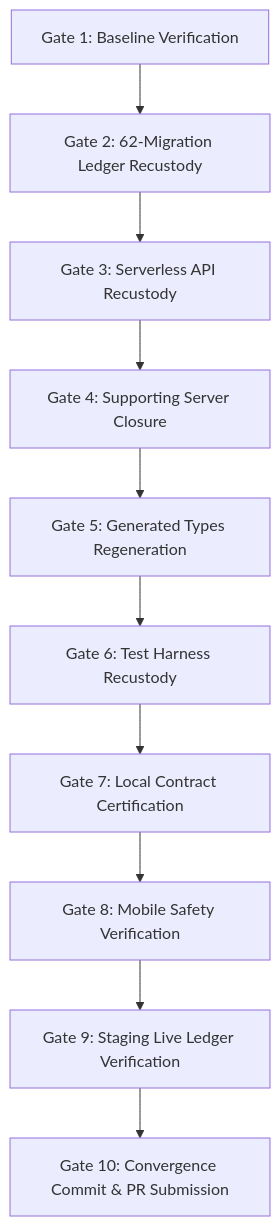
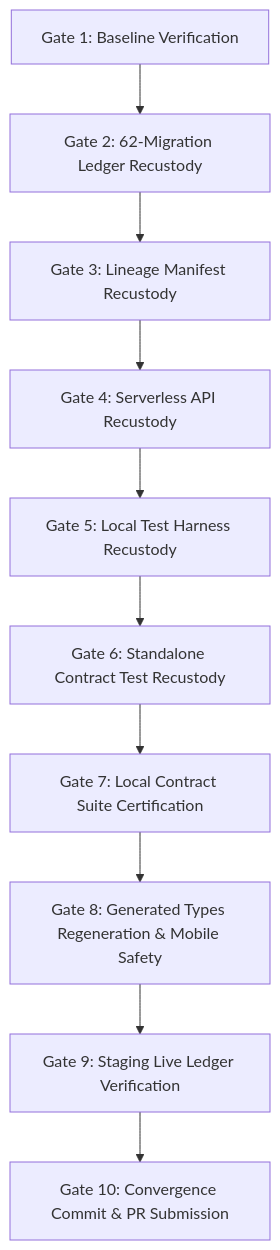
The diagram in docs/newsroom/HT-NR-01_KERNEL_CONVERGENCE_EXECUTION_PLAN.md (kudzimusar/htp-zw), drawn with Mermaid before and after one commit. The commit also changed other lines of this file and 1 other file, not shown here.

Commit message:
docs(ht-nr-00c-r1): correct kernel recustody authority and restore custody

````diff
--- a/docs/newsroom/HT-NR-01_KERNEL_CONVERGENCE_EXECUTION_PLAN.md
+++ b/docs/newsroom/HT-NR-01_KERNEL_CONVERGENCE_EXECUTION_PLAN.md
@@ -28,12 +32,12 @@
 ```mermaid
 flowchart TD
     G1[Gate 1: Baseline Verification] --> G2[Gate 2: 62-Migration Ledger Recustody]
-    G2 --> G3[Gate 3: Serverless API Recustody]
-    G3 --> G4[Gate 4: Supporting Server Closure]
-    G4 --> G5[Gate 5: Generated Types Regeneration]
-    G5 --> G6[Gate 6: Test Harness Recustody]
-    G6 --> G7[Gate 7: Local Contract Certification]
-    G7 --> G8[Gate 8: Mobile Safety Verification]
+    G2 --> G3[Gate 3: Lineage Manifest Recustody]
+    G3 --> G4[Gate 4: Serverless API Recustody]
+    G4 --> G5[Gate 5: Local Test Harness Recustody]
+    G5 --> G6[Gate 6: Standalone Contract Test Recustody]
+    G6 --> G7[Gate 7: Local Contract Suite Certification]
+    G7 --> G8[Gate 8: Generated Types Regeneration & Mobile Safety]
     G8 --> G9[Gate 9: Staging Live Ledger Verification]
     G9 --> G10[Gate 10: Convergence Commit & PR Submission]
 ```
````
